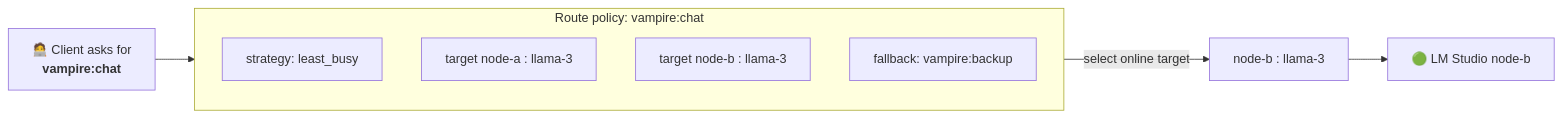
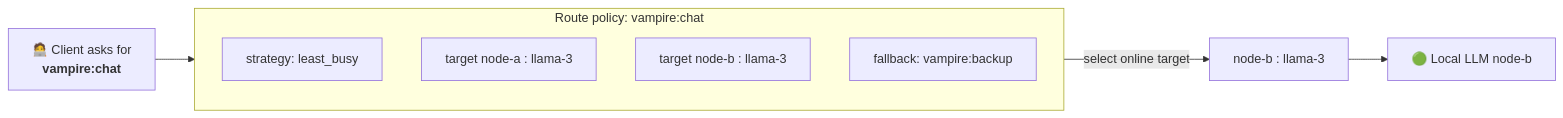
One commit to japer-technology/llm-vampire changed the first of 2 diagrams in docs/manual/07-routing.md. Above: the diagram before and after it, drawn with Mermaid. The commit also changed 68 other files, not shown here.

````diff
--- a/docs/manual/07-routing.md
+++ b/docs/manual/07-routing.md
@@ -13,14 +13,14 @@
 ```mermaid
 flowchart LR
     client["🧑‍💻 Client asks for<br/><b>vampire:chat</b>"] --> policy
 
     subgraph policy["Route policy: vampire:chat"]
         strat["strategy: least_busy"]
         t1["target node-a : llama-3"]
         t2["target node-b : llama-3"]
         fb["fallback: vampire:backup"]
     end
 
     policy -->|"select online target"| pick["node-b : llama-3"]
-    pick --> node["🟢 LM Studio node-b"]
+    pick --> node["🟢 Local LLM node-b"]
 ```
````
